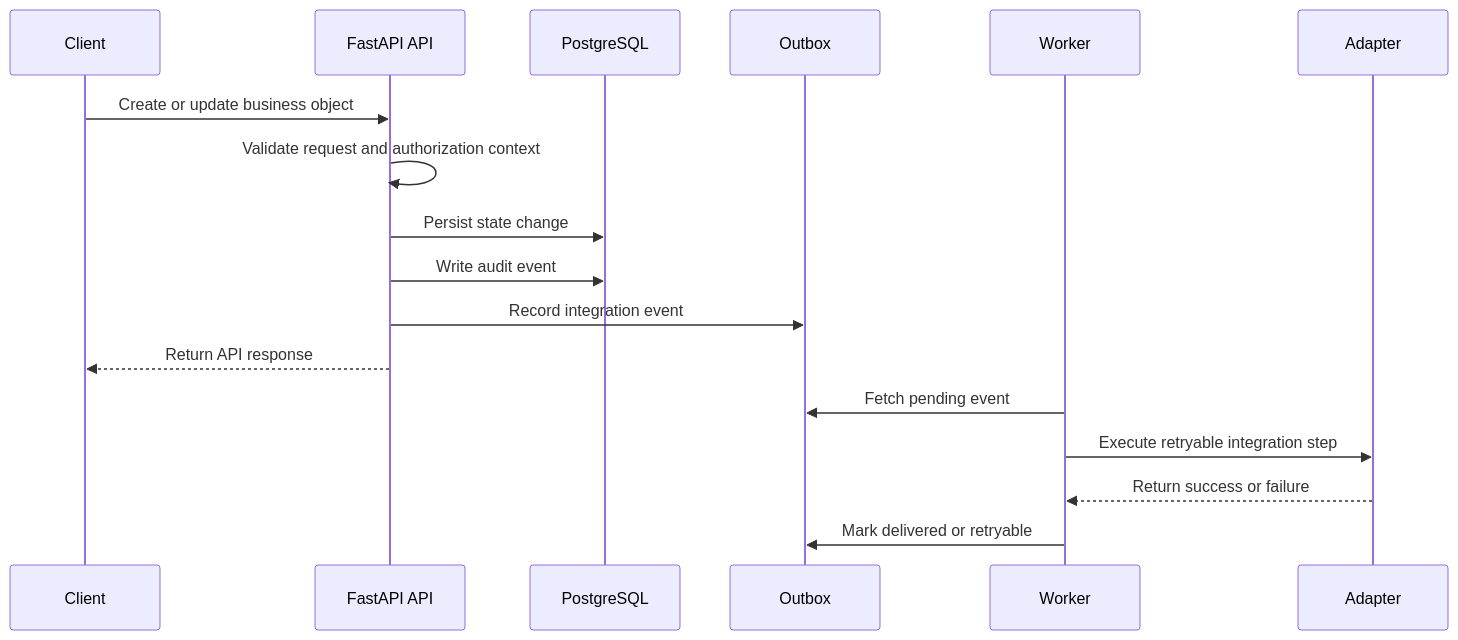
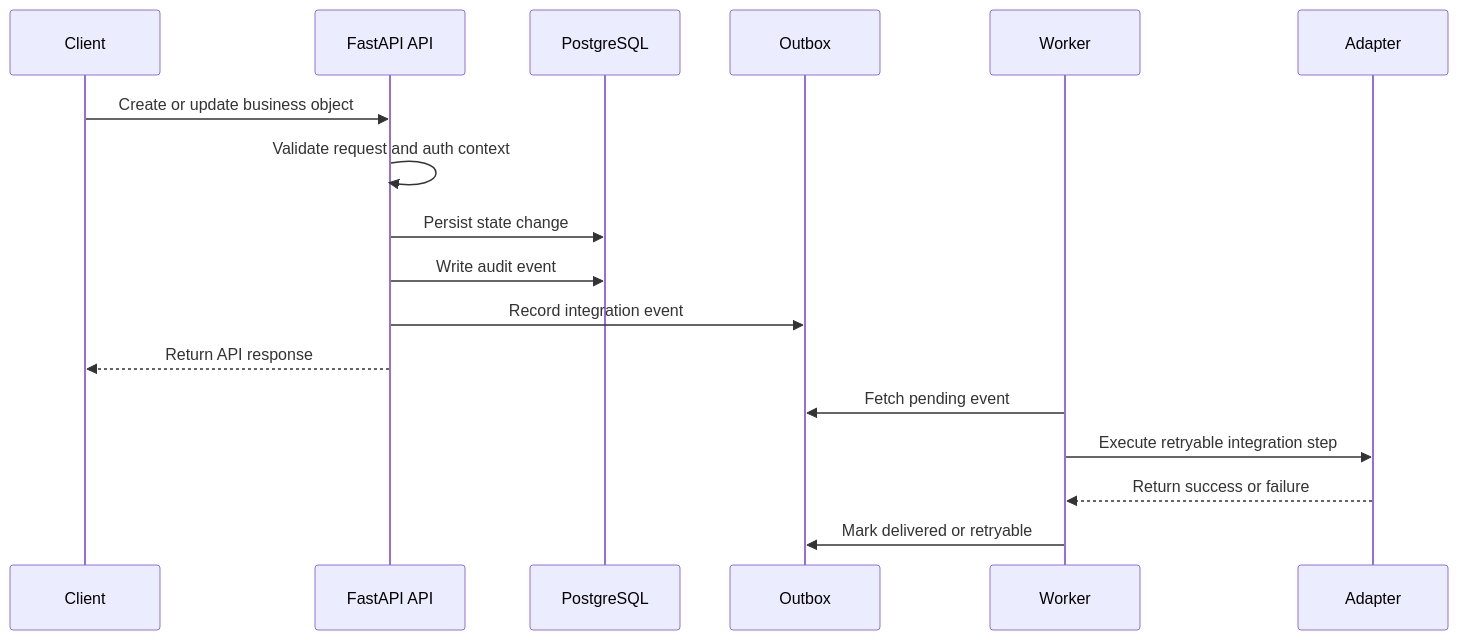
One commit to AlexGerlitz/drivedesk-core changed the second of 7 diagrams in docs/public/SYSTEM_DESIGN.md. Above: the diagram before and after it, drawn with Mermaid. The commit also changed other lines of this file and 21 other files, not shown here.

````diff
--- a/docs/public/SYSTEM_DESIGN.md
+++ b/docs/public/SYSTEM_DESIGN.md
@@ -72,20 +76,20 @@
 ```mermaid
 sequenceDiagram
   participant Client as Client
   participant API as FastAPI API
   participant DB as PostgreSQL
   participant Outbox as Outbox
   participant Worker as Worker
   participant Adapter as Adapter
 
   Client->>API: Create or update business object
-  API->>API: Validate request and authorization context
+  API->>API: Validate request and auth context
   API->>DB: Persist state change
   API->>DB: Write audit event
   API->>Outbox: Record integration event
   API-->>Client: Return API response
   Worker->>Outbox: Fetch pending event
   Worker->>Adapter: Execute retryable integration step
   Adapter-->>Worker: Return success or failure
   Worker->>Outbox: Mark delivered or retryable
 ```
````
